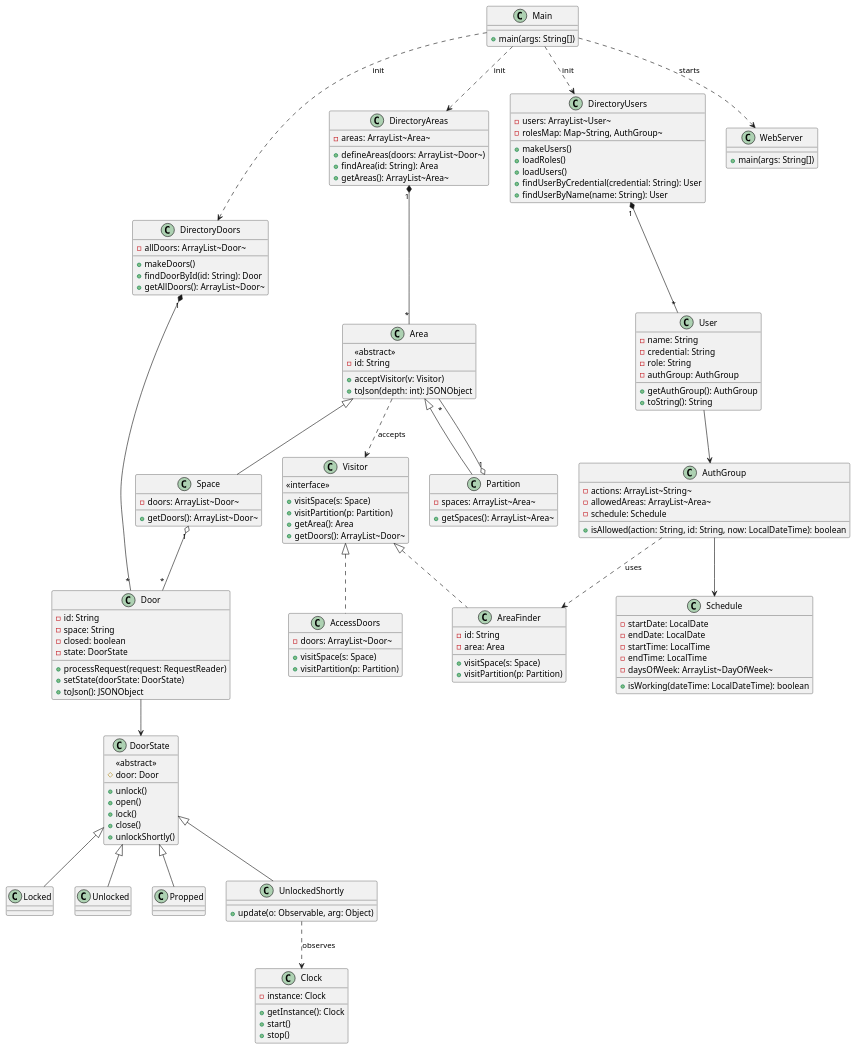
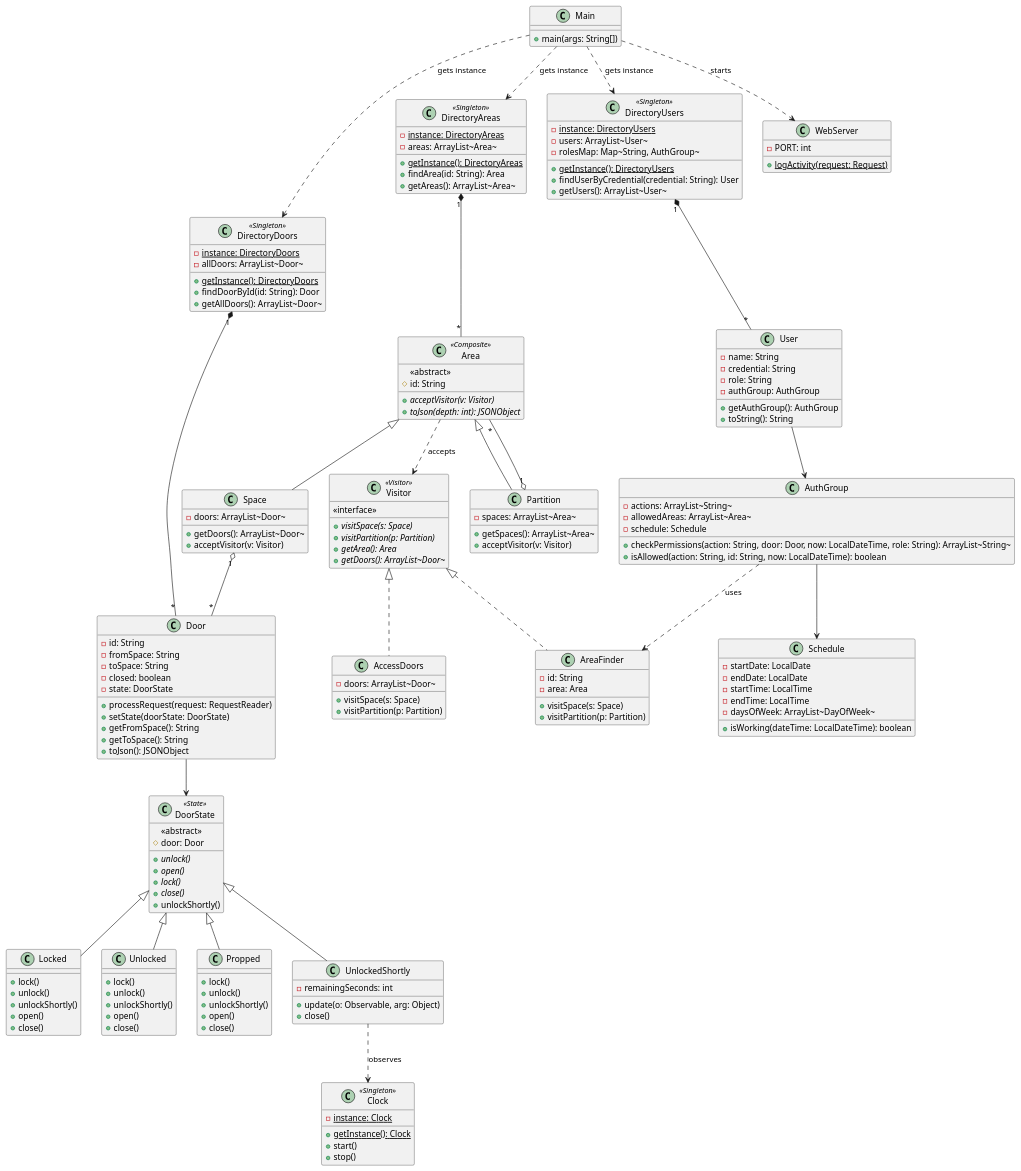
One commit to alexcorint/acs_students changed the diagram in src/basenostates/uml/base_no_states.puml. Above: the diagram before and after it, drawn with PlantUML. The commit also changed 77 other files, not shown here.

```diff
--- a/src/basenostates/uml/base_no_states.puml
+++ b/src/basenostates/uml/base_no_states.puml
@@ -1,165 +1,188 @@
 @startuml classDiagram
     class Main {
         +main(args: String[])
     }
 
-    class DirectoryDoors {
+    class DirectoryDoors <<Singleton>> {
+        -{static} instance: DirectoryDoors
         -allDoors: ArrayList~Door~
-        +makeDoors()
+        +{static} getInstance(): DirectoryDoors
         +findDoorById(id: String): Door
         +getAllDoors(): ArrayList~Door~
     }
 
-    class DirectoryUsers {
+    class DirectoryUsers <<Singleton>> {
+        -{static} instance: DirectoryUsers
         -users: ArrayList~User~
         -rolesMap: Map~String, AuthGroup~
-        +makeUsers()
-        +loadRoles()
-        +loadUsers()
+        +{static} getInstance(): DirectoryUsers
         +findUserByCredential(credential: String): User
-        +findUserByName(name: String): User
+        +getUsers(): ArrayList~User~
     }
 
-    class DirectoryAreas {
+    class DirectoryAreas <<Singleton>> {
+        -{static} instance: DirectoryAreas
         -areas: ArrayList~Area~
-        +defineAreas(doors: ArrayList~Door~)
+        +{static} getInstance(): DirectoryAreas
         +findArea(id: String): Area
         +getAreas(): ArrayList~Area~
     }
 
     class User {
         -name: String
         -credential: String
         -role: String
         -authGroup: AuthGroup
         +getAuthGroup(): AuthGroup
         +toString(): String
     }
 
     class AuthGroup {
         -actions: ArrayList~String~
         -allowedAreas: ArrayList~Area~
         -schedule: Schedule
+        +checkPermissions(action: String, door: Door, now: LocalDateTime, role: String): ArrayList~String~
         +isAllowed(action: String, id: String, now: LocalDateTime): boolean
     }
 
     class Schedule {
         -startDate: LocalDate
         -endDate: LocalDate
         -startTime: LocalTime
         -endTime: LocalTime
         -daysOfWeek: ArrayList~DayOfWeek~
         +isWorking(dateTime: LocalDateTime): boolean
     }
 
     class Door {
         -id: String
-        -space: String
+        -fromSpace: String
+        -toSpace: String
         -closed: boolean
         -state: DoorState
         +processRequest(request: RequestReader)
         +setState(doorState: DoorState)
+        +getFromSpace(): String
+        +getToSpace(): String
         +toJson(): JSONObject
     }
 
-    class DoorState {
+    class DoorState <<State>> {
         <<abstract>>
         #door: Door
-        +unlock()
-        +open()
-        +lock()
-        +close()
+        +{abstract} unlock()
+        +{abstract} open()
+        +{abstract} lock()
+        +{abstract} close()
         +unlockShortly()
     }
 
     class Locked {
+        +lock()
+        +unlock()
+        +unlockShortly()
+        +open()
+        +close()
     }
     class Unlocked {
+        +lock()
+        +unlock()
+        +unlockShortly()
+        +open()
+        +close()
     }
     class Propped {
+        +lock()
+        +unlock()
+        +unlockShortly()
+        +open()
+        +close()
     }
     class UnlockedShortly {
+        -remainingSeconds: int
         +update(o: Observable, arg: Object)
+        +close()
     }
 
-    class Clock {
-        -instance: Clock
-        +getInstance(): Clock
+    class Clock <<Singleton>> {
+        -{static} instance: Clock
+        +{static} getInstance(): Clock
         +start()
         +stop()
     }
 
-    class Area {
+    class Area <<Composite>> {
         <<abstract>>
-        -id: String
-        +acceptVisitor(v: Visitor)
-        +toJson(depth: int): JSONObject
+        #id: String
+        +{abstract} acceptVisitor(v: Visitor)
+        +{abstract} toJson(depth: int): JSONObject
     }
 
     class Partition {
         -spaces: ArrayList~Area~
         +getSpaces(): ArrayList~Area~
+        +acceptVisitor(v: Visitor)
     }
 
     class Space {
         -doors: ArrayList~Door~
         +getDoors(): ArrayList~Door~
+        +acceptVisitor(v: Visitor)
     }
 
-    class Visitor {
+    class Visitor <<Visitor>> {
         <<interface>>
-        +visitSpace(s: Space)
-        +visitPartition(p: Partition)
-        +getArea(): Area
-        +getDoors(): ArrayList~Door~
+        +{abstract} visitSpace(s: Space)
+        +{abstract} visitPartition(p: Partition)
+        +{abstract} getArea(): Area
+        +{abstract} getDoors(): ArrayList~Door~
     }
 
     class AreaFinder {
         -id: String
         -area: Area
         +visitSpace(s: Space)
         +visitPartition(p: Partition)
     }
 
     class AccessDoors {
         -doors: ArrayList~Door~
         +visitSpace(s: Space)
         +visitPartition(p: Partition)
     }
 
     class WebServer {
-        +main(args: String[])
+        -PORT: int
+        +{static} logActivity(request: Request)
     }
 
-    
-    Main ..> DirectoryDoors : init
-    Main ..> DirectoryUsers : init
-    Main ..> DirectoryAreas : init
+    Main ..> DirectoryDoors : gets instance
+    Main ..> DirectoryUsers : gets instance
+    Main ..> DirectoryAreas : gets instance
     Main ..> WebServer : starts
 
     DirectoryDoors "1" *-- "*" Door
     DirectoryUsers "1" *-- "*" User
     DirectoryAreas "1" *-- "*" Area
     
     User --> AuthGroup
     AuthGroup --> Schedule
     AuthGroup ..> AreaFinder : uses
     
     Door --> DoorState
     DoorState <|-- Locked
     DoorState <|-- Unlocked
     DoorState <|-- Propped
     DoorState <|-- UnlockedShortly
     
     UnlockedShortly ..> Clock : observes
     
     Area <|-- Partition
     Area <|-- Space
     Partition "1" o-- "*" Area
     Space "1" o-- "*" Door
     
     Visitor <|.. AreaFinder
     Visitor <|.. AccessDoors
     Area ..> Visitor : accepts
-
 @enduml
```
